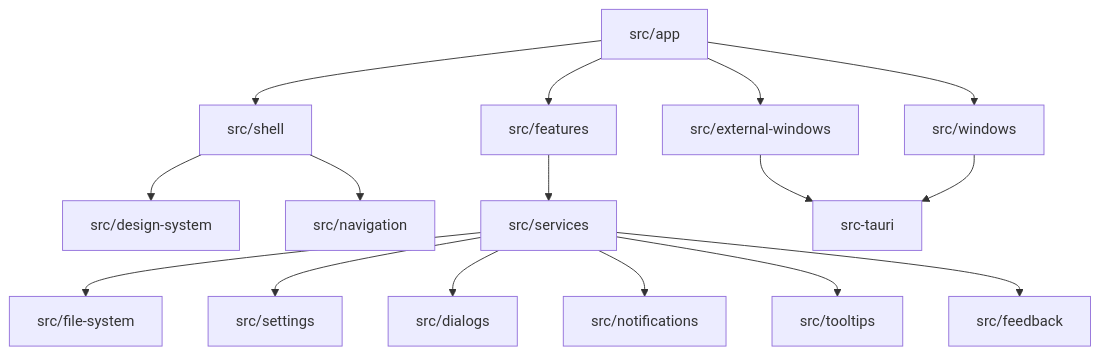
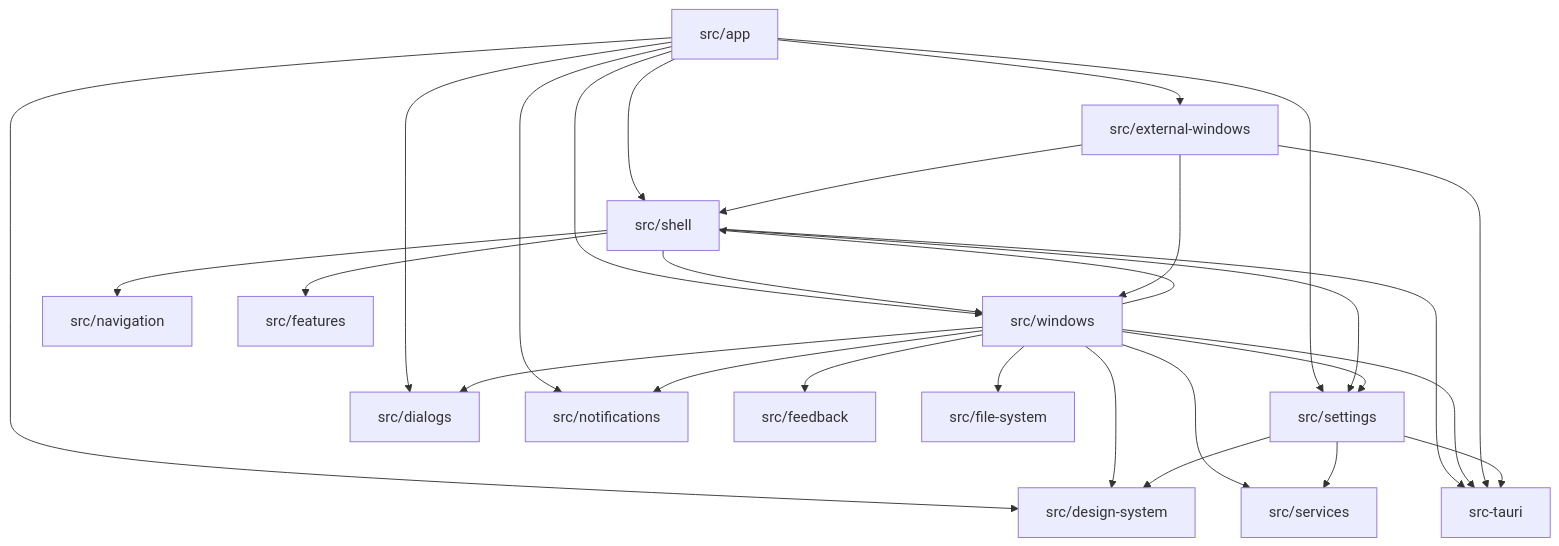
The diagram in README.md (walladanger/ember-studio-foundation), drawn with Mermaid before and after one commit. The commit also changed 1 other file, not shown here.

Commit message:
docs: refine architecture diagram and foundation guide content
- Fixes mermaid architecture diagram to correctly reflect actual folder dependencies.
- Removes duplicated sentence from `docs/foundation-guide.md`.
- Restores the list of shared folders to `docs/foundation-guide.md` according to the original architecture section.
- Ensures a trailing newline is present in `README.md`.

````diff
--- a/README.md
+++ b/README.md
@@ -21,18 +21,30 @@
 ```mermaid
 flowchart TD
     App[src/app] --> Shell[src/shell]
-    App --> Features[src/features]
     App --> Windows[src/windows]
     App --> ExtWindows[src/external-windows]
-    Shell --> DesignSystem[src/design-system]
+    App --> Settings[src/settings]
+    App --> DesignSystem[src/design-system]
+    App --> Dialogs[src/dialogs]
+    App --> Notifications[src/notifications]
     Shell --> Navigation[src/navigation]
-    Features --> Services[src/services]
-    Services --> FileSystem[src/file-system]
-    Services --> Settings[src/settings]
-    Services --> Dialogs[src/dialogs]
-    Services --> Notifications[src/notifications]
-    Services --> Tooltips[src/tooltips]
-    Services --> Feedback[src/feedback]
-    ExtWindows --> Tauri[src-tauri]
+    Shell --> Settings
+    Shell --> Windows
+    Shell --> Features[src/features]
+    Windows --> DesignSystem
+    Windows --> Dialogs
+    Windows --> Feedback[src/feedback]
+    Windows --> FileSystem[src/file-system]
+    Windows --> Notifications
+    Windows --> Settings
+    Windows --> Services[src/services]
+    Windows --> Shell
+    ExtWindows --> Shell
+    ExtWindows --> Windows
+    Settings --> DesignSystem
+    Settings --> Services
+    Shell --> Tauri[src-tauri]
     Windows --> Tauri
+    ExtWindows --> Tauri
+    Settings --> Tauri
 ```
````
